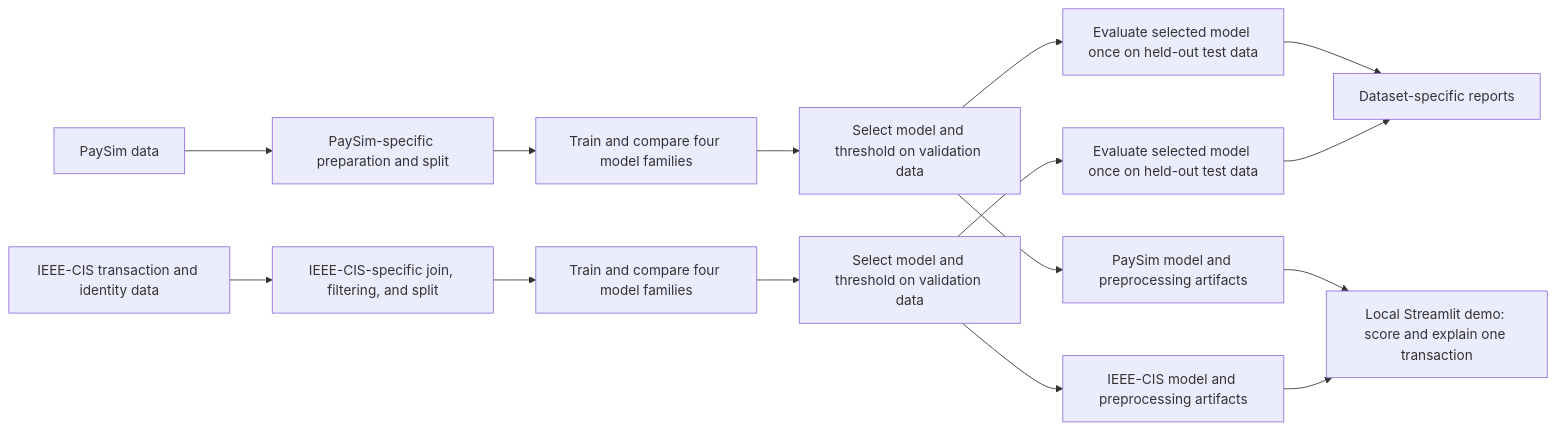
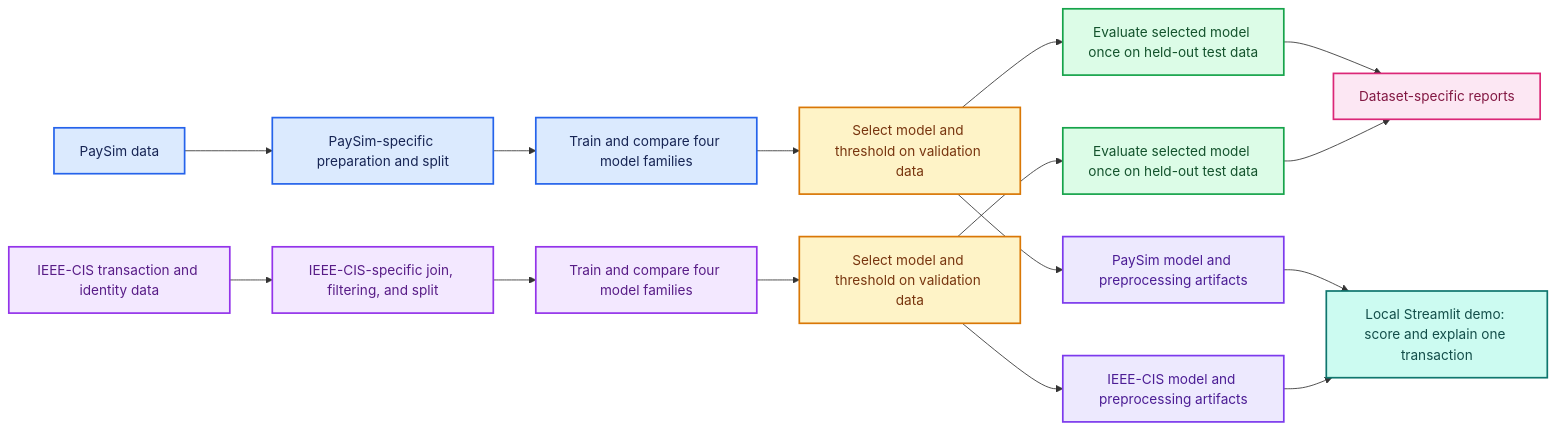
Before and after one commit to End-2007/Privacy-Preserving-Multi-Institutional-Financial-Fraud-Detection: the diagram in README.md, drawn with Mermaid. The commit also changed other lines of this file and 1 other file, not shown here.

Commit message:
Polish documentation diagrams and result tables

````diff
--- a/README.md
+++ b/README.md
@@ -23,17 +23,32 @@
 ```mermaid
 flowchart LR
     P[PaySim data] --> PPrep[PaySim-specific preparation and split]
     I[IEEE-CIS transaction and identity data] --> IPrep[IEEE-CIS-specific join, filtering, and split]
     PPrep --> PTrain[Train and compare four model families]
     IPrep --> ITrain[Train and compare four model families]
     PTrain --> PVal[Select model and threshold on validation data]
     ITrain --> IVal[Select model and threshold on validation data]
     PVal --> PTest[Evaluate selected model once on held-out test data]
     IVal --> ITest[Evaluate selected model once on held-out test data]
     PVal --> PArtifacts[PaySim model and preprocessing artifacts]
     IVal --> IArtifacts[IEEE-CIS model and preprocessing artifacts]
     PArtifacts --> App[Local Streamlit demo: score and explain one transaction]
     IArtifacts --> App
     PTest --> Reports[Dataset-specific reports]
     ITest --> Reports
+
+    classDef paysim fill:#DBEAFE,stroke:#2563EB,color:#172554,stroke-width:2px;
+    classDef ieee fill:#F3E8FF,stroke:#9333EA,color:#581C87,stroke-width:2px;
+    classDef validation fill:#FEF3C7,stroke:#D97706,color:#78350F,stroke-width:2px;
+    classDef test fill:#DCFCE7,stroke:#16A34A,color:#14532D,stroke-width:2px;
+    classDef artifacts fill:#EDE9FE,stroke:#7C3AED,color:#4C1D95,stroke-width:2px;
+    classDef app fill:#CCFBF1,stroke:#0F766E,color:#134E4A,stroke-width:2px;
+    classDef reports fill:#FCE7F3,stroke:#DB2777,color:#831843,stroke-width:2px;
+    class P,PPrep,PTrain paysim;
+    class I,IPrep,ITrain ieee;
+    class PVal,IVal validation;
+    class PTest,ITest test;
+    class PArtifacts,IArtifacts artifacts;
+    class App app;
+    class Reports reports;
 ```
````
